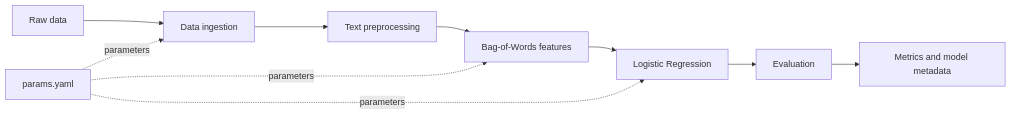
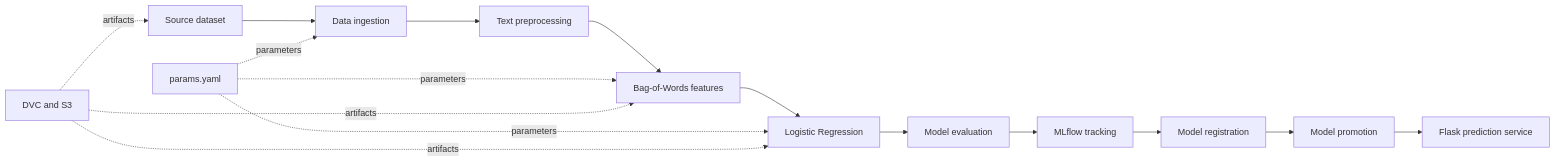
One commit to Div7anshKushwaha/Emotion-Detection-MLOps changed the diagram in README.md. Above: the diagram before and after it, drawn with Mermaid. The commit also changed other lines of this file, not shown here.

````diff
--- a/README.md
+++ b/README.md
@@ -29,13 +63,19 @@
 ```mermaid
 flowchart LR
-    A[Raw data] --> B[Data ingestion]
+    A[Source dataset] --> B[Data ingestion]
     B --> C[Text preprocessing]
     C --> D[Bag-of-Words features]
     D --> E[Logistic Regression]
-    E --> F[Evaluation]
-    F --> G[Metrics and model metadata]
+    E --> F[Model evaluation]
+    F --> G[MLflow tracking]
+    G --> H[Model registration]
+    H --> I[Model promotion]
+    I --> J[Flask prediction service]
 
     P[params.yaml] -. parameters .-> B
     P -. parameters .-> D
     P -. parameters .-> E
+    R[DVC and S3] -. artifacts .-> A
+    R -. artifacts .-> D
+    R -. artifacts .-> E
 ```
````
